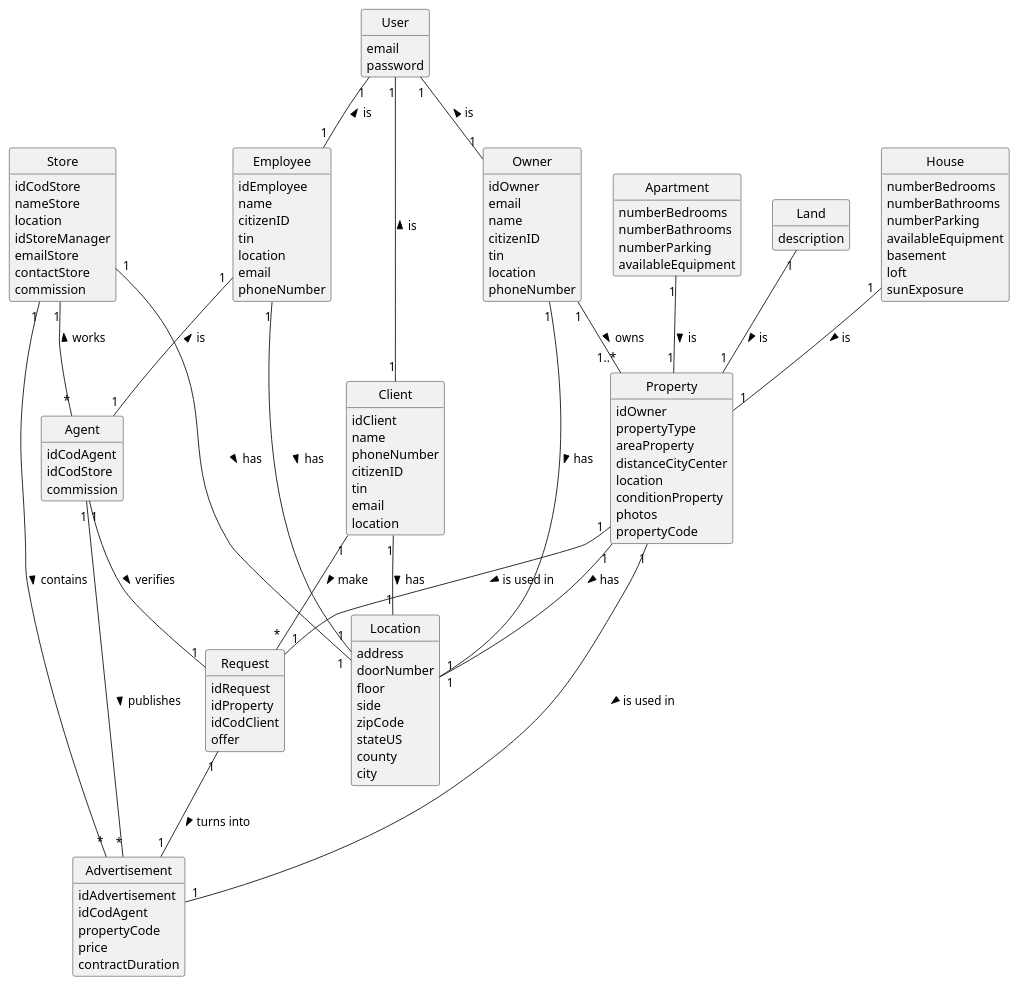
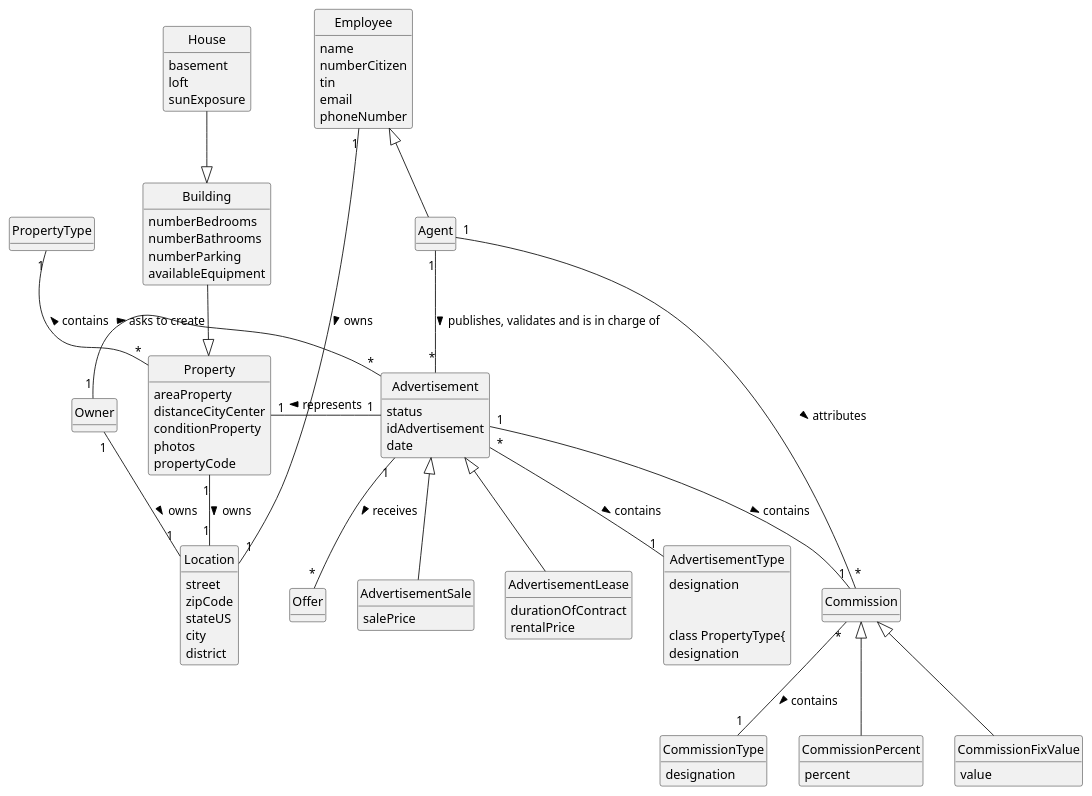
Before and after one commit to PEDROMOREIRA45/lei-23-s2-1dg-g31: the diagram in docs/sprintA/us002/02.analysis/puml/us002-domain-model.puml, drawn with PlantUML. The commit also changed 8 other files, not shown here.

Commit message:
reworking the diagrams for us002 requirements engineering and analysis

```diff
--- a/docs/sprintA/us002/02.analysis/puml/us002-domain-model.puml
+++ b/docs/sprintA/us002/02.analysis/puml/us002-domain-model.puml
@@ -1,142 +1,107 @@
 @startuml
 skinparam monochrome true
 skinparam packageStyle rectangle
 skinparam shadowing false
 
 skinparam classAttributeIconSize 0
 
 hide circle
 hide methods
 
-class Employee {
-    idEmployee
+class Employee{
     name
-    citizenID
+    numberCitizen
     tin
-    location
     email
     phoneNumber
 }
 
-class Client {
-    idClient
-    name
-    phoneNumber
-    citizenID
-    tin
-    email
-    location
+class Agent
+
+class Advertisement {
+    status
+    idAdvertisement
+    date
 }
 
-class Owner {
-    idOwner
-    email
-    name
-    citizenID
-    tin
-    location
-    phoneNumber
+class AdvertisementSale {
+    salePrice
 }
 
-class Agent {
-    idCodAgent
-    idCodStore
-    commission
+class AdvertisementLease {
+    durationOfContract
+    rentalPrice
+
 }
 
-class Advertisement {
-    idAdvertisement
-    idCodAgent
-    propertyCode
-    price
-    contractDuration
+class AdvertisementType {
+    designation
+
+
+class PropertyType{
+    designation
 }
 
-class Property {
-    idOwner
-    propertyType
+class Property{
     areaProperty
     distanceCityCenter
-    location
     conditionProperty
     photos
     propertyCode
 }
 
 class House {
-    numberBedrooms
-    numberBathrooms
-    numberParking
-    availableEquipment
     basement
     loft
     sunExposure
 }
 
-class Apartment {
+class Building{
     numberBedrooms
     numberBathrooms
     numberParking
     availableEquipment
 }
 
-class Land {
-    description
+class Location {
+    street
+    zipCode
+    stateUS
+    city
+    district
 }
 
-class Store {
-    idCodStore
-    nameStore
-    location
-    idStoreManager
-    emailStore
-    contactStore
-    commission
+class Commission
+
+class CommissionType{
+    designation
 }
-
-class Location {
-    address
-    doorNumber
-    floor
-    side
-    zipCode
-    stateUS
-    county
-    city
+class CommissionPercent{
+    percent
 }
-
-class Request {
-    idRequest
-    idProperty
-    idCodClient
-    offer
-}
-
-class User {
-    email
-    password
+class CommissionFixValue{
+    value
 }
 
 
-Agent "1" -- "1" Request: verifies >
-Agent "1" -- "*" Advertisement: publishes >
-Apartment "1" -- "1" Property: is >
-Client"1" -- "*" Request: make >
-Request "1" -- "1" Advertisement: turns into >
-Employee "1" -- "1" Location: has >
-Employee "1" -- "1" Agent: is <
-House "1" -- "1" Property: is >
-Land "1" -- "1"  Property: is >
-Property "1" -- "1" Location: has >
-Property "1" - "1" Advertisement: is used in >
-Property "1" - "1" Request: is used in >
-Store"1" -- "1"Location: has >
-Store "1" -- "*" Advertisement: contains >
-Store "1" -- "*" Agent: works <
-User "1" -- "1" Employee: is <
-User "1" -- "1" Owner: is <
-User "1" -- "1" Client: is <
-Client "1" -- "1" Location: has >
-Owner "1" -- "1..*" Property: owns >
-Owner "1" -- "1" Location: has >
+Agent "1" -- "*" Advertisement: publishes, validates and is in charge of >
+Agent "1" -- "*" Commission: attributes >
+Advertisement <|-- AdvertisementSale
+Advertisement <|-- AdvertisementLease
+Advertisement "*" -- "1" AdvertisementType: contains >
+Advertisement "1" -- "1" Commission: contains >
+Advertisement"1" -- "*"Offer: receives >
+Building --|> Property
+Commission <|-- CommissionFixValue
+Commission <|-- CommissionPercent
+Commission "*" -- "1" CommissionType: contains >
+Employee <|-- Agent
+Employee "1" -- "1" Location: owns >
+Owner "1" -- "1" Location: owns >
+Owner "1" - "*" Advertisement: asks to create >
+Property "1" - "1" Advertisement: represents <
+Property "1" -- "1" Location: owns >
+PropertyType "1" -- "*" Property: contains <
+House --|> Building
+
 @enduml
```
